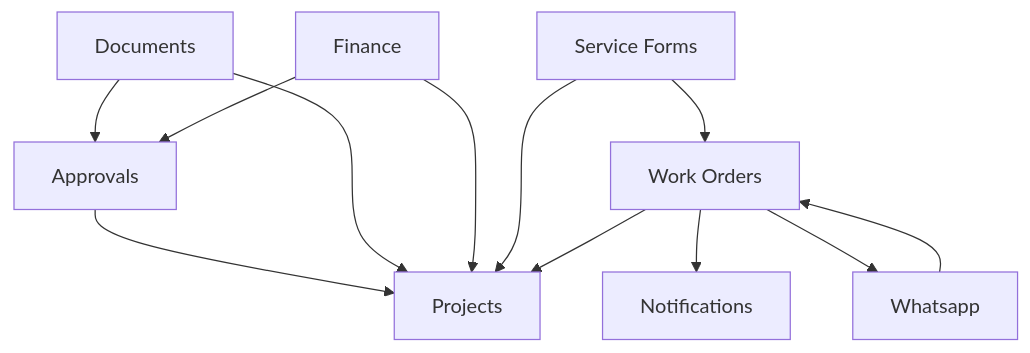
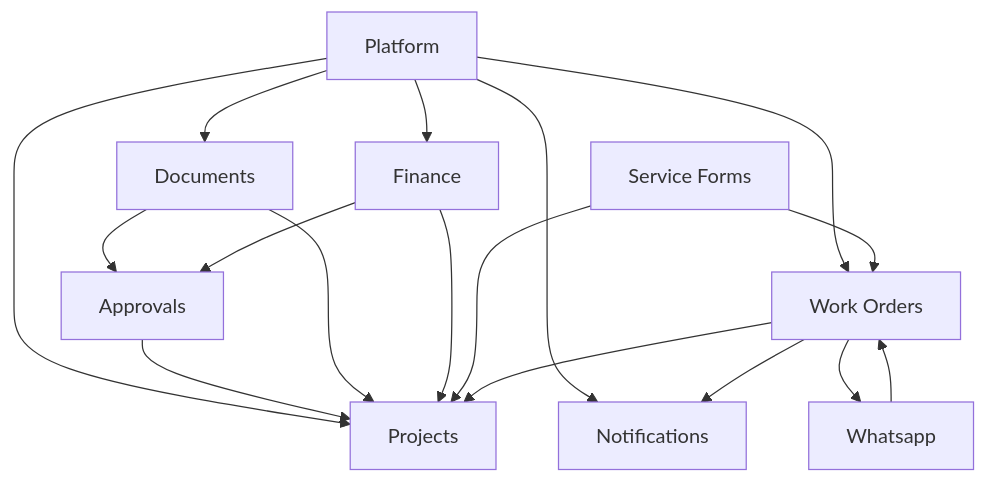
Before and after one commit to Bugraturkoglu17/ERP: the diagram in apps/backend/docs/dependency_graph.md, drawn with Mermaid. The commit also changed 41 other files, not shown here.

````diff
--- a/apps/backend/docs/dependency_graph.md
+++ b/apps/backend/docs/dependency_graph.md
@@ -5,22 +5,28 @@
 ```mermaid
 graph TD;
+    platform["Platform"];
+    platform --> projects;
+    platform --> work_orders;
+    platform --> documents;
+    platform --> finance;
+    platform --> notifications;
     approvals["Approvals"];
     approvals --> projects;
     documents["Documents"];
     documents --> projects;
     documents --> approvals;
     finance["Finance"];
     finance --> projects;
     finance --> approvals;
     notifications["Notifications"];
     projects["Projects"];
     service_forms["Service Forms"];
     service_forms --> work_orders;
     service_forms --> projects;
     whatsapp["Whatsapp"];
     whatsapp --> work_orders;
     work_orders["Work Orders"];
     work_orders --> projects;
     work_orders --> notifications;
     work_orders --> whatsapp;
 ```
````
